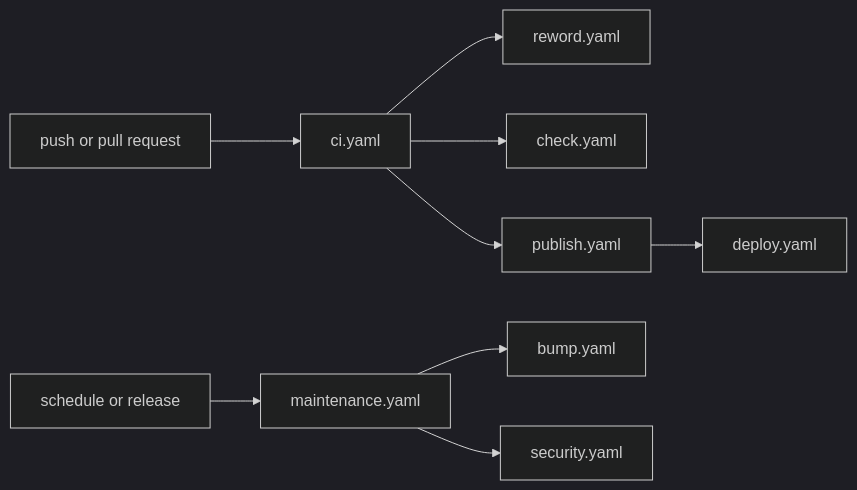
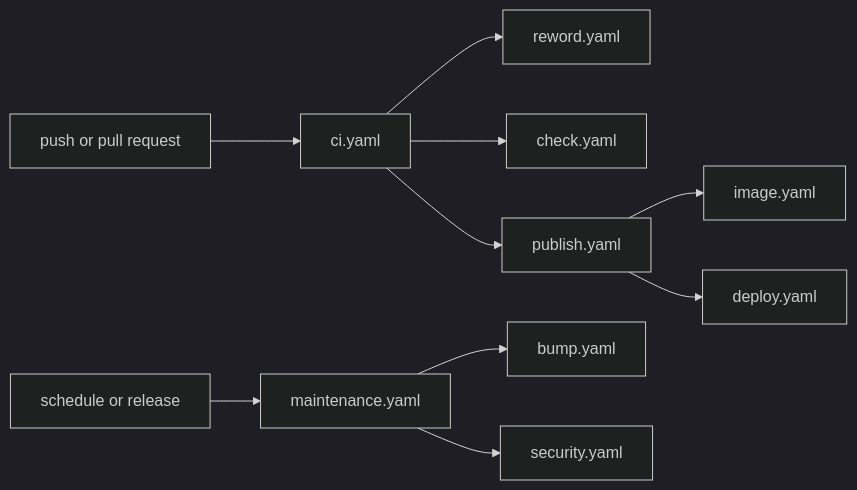
One commit to brnshkr/forge changed the diagram in docs/github/index.md. Above: the diagram before and after it, drawn with Mermaid (dark theme). The commit also changed other lines of this file and 127 other files, not shown here.

````diff
--- a/docs/github/index.md
+++ b/docs/github/index.md
@@ -6,11 +79,12 @@
 ```mermaid
 graph LR
   push[push or pull request] --> ci[ci.yaml]
   ci --> reword[reword.yaml]
   ci --> check[check.yaml]
   ci --> publish[publish.yaml]
+  publish --> image[image.yaml]
   publish --> deploy[deploy.yaml]
   schedule[schedule or release] --> maintenance[maintenance.yaml]
   maintenance --> bump[bump.yaml]
   maintenance --> security[security.yaml]
 ```
````
